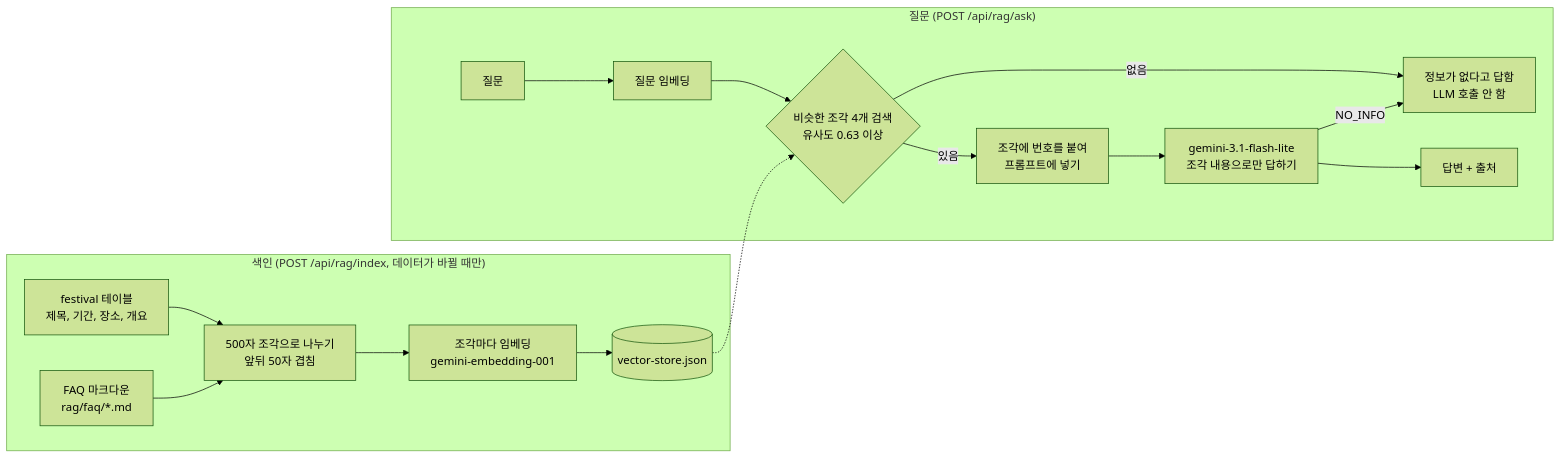
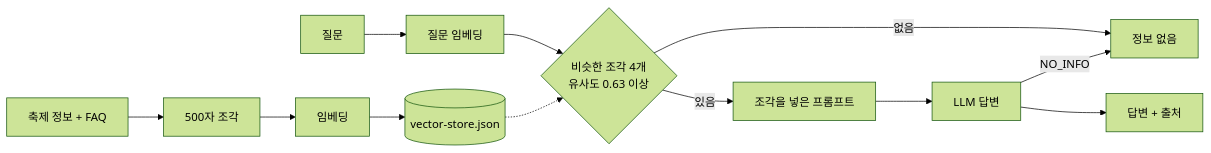
The diagram in README.md (sonjoohee/festival_ai), drawn with Mermaid (forest theme) before and after one commit. The commit also changed other lines of this file, not shown here.

Commit message:
docs: README RAG 섹션 짧게 정리

````diff
--- a/README.md
+++ b/README.md
@@ -54,20 +52,9 @@
 ```mermaid
 flowchart LR
-    subgraph 색인["색인 (POST /api/rag/index, 데이터가 바뀔 때만)"]
-        A[festival 테이블<br/>제목, 기간, 장소, 개요] --> C[500자 조각으로 나누기<br/>앞뒤 50자 겹침]
-        B[FAQ 마크다운<br/>rag/faq/*.md] --> C
-        C --> D[조각마다 임베딩<br/>gemini-embedding-001]
-        D --> E[(vector-store.json)]
-    end
-
-    subgraph 질문["질문 (POST /api/rag/ask)"]
-        Q[질문] --> QE[질문 임베딩]
-        QE --> S{비슷한 조각 4개 검색<br/>유사도 0.63 이상}
-        E -.-> S
-        S -- 없음 --> N[정보가 없다고 답함<br/>LLM 호출 안 함]
-        S -- 있음 --> P[조각에 번호를 붙여<br/>프롬프트에 넣기]
-        P --> L[gemini-3.1-flash-lite<br/>조각 내용으로만 답하기]
-        L -- NO_INFO --> N
-        L --> R[답변 + 출처]
-    end
+    A[축제 정보 + FAQ] --> B[500자 조각] --> C[임베딩] --> D[(vector-store.json)]
+    Q[질문] --> E[질문 임베딩] --> F{비슷한 조각 4개<br/>유사도 0.63 이상}
+    D -.-> F
+    F -- 없음 --> N[정보 없음]
+    F -- 있음 --> G[조각을 넣은 프롬프트] --> H[LLM 답변] --> R[답변 + 출처]
+    H -- NO_INFO --> N
 ```
````
